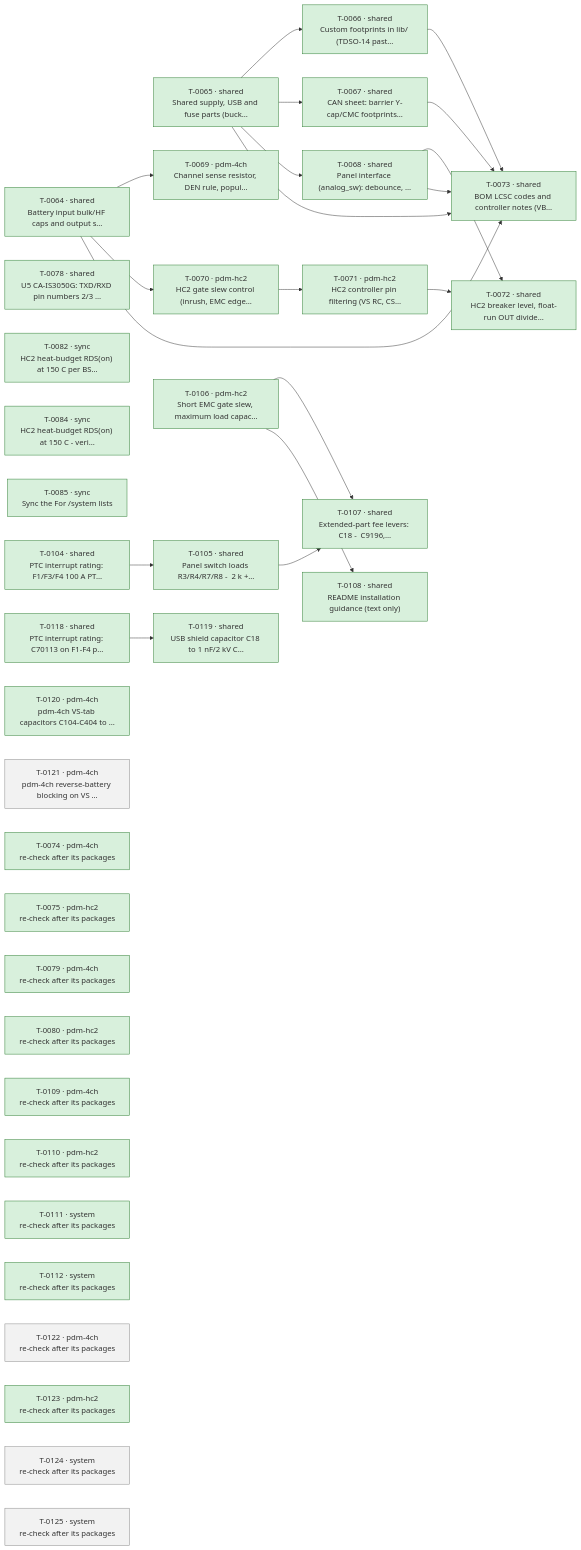
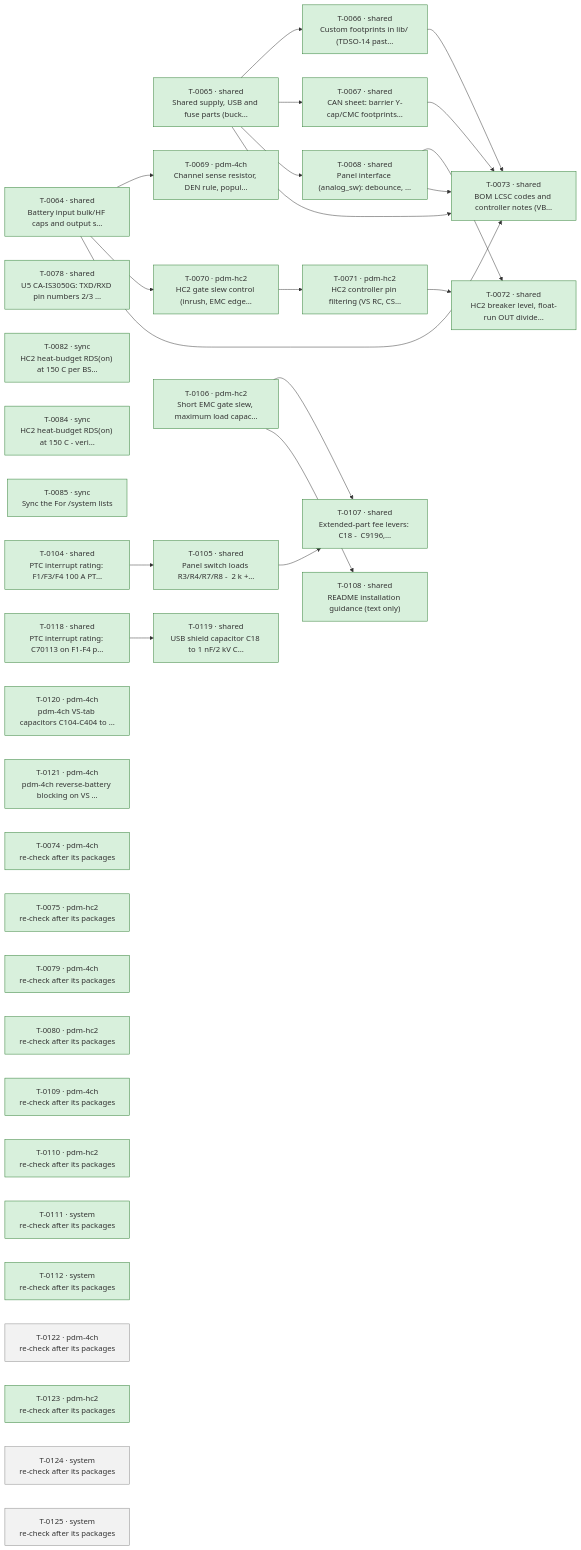
Before and after one commit to plektra/ESP32-PDM: the diagram in docs/ROADMAP.md, drawn with Mermaid. The commit also changed other lines of this file and 3 other files, not shown here.

````diff
--- a/docs/ROADMAP.md
+++ b/docs/ROADMAP.md
@@ -18,60 +18,60 @@
 ```mermaid
 flowchart LR
   T0064["T-0064 · shared<br/>Battery input bulk/HF caps and output s…"]:::done
   T0065["T-0065 · shared<br/>Shared supply, USB and fuse parts (buck…"]:::done
   T0066["T-0066 · shared<br/>Custom footprints in lib/ (TDSO-14 past…"]:::done
   T0067["T-0067 · shared<br/>CAN sheet: barrier Y-cap/CMC footprints…"]:::done
   T0068["T-0068 · shared<br/>Panel interface (analog_sw): debounce, …"]:::done
   T0069["T-0069 · pdm-4ch<br/>Channel sense resistor, DEN rule, popul…"]:::done
   T0070["T-0070 · pdm-hc2<br/>HC2 gate slew control (inrush, EMC edge…"]:::done
   T0071["T-0071 · pdm-hc2<br/>HC2 controller pin filtering (VS RC, CS…"]:::done
   T0072["T-0072 · shared<br/>HC2 breaker level, float-run OUT divide…"]:::done
   T0073["T-0073 · shared<br/>BOM LCSC codes and controller notes (VB…"]:::done
   T0078["T-0078 · shared<br/>U5 CA-IS3050G: TXD/RXD pin numbers 2/3 …"]:::done
   T0082["T-0082 · sync<br/>HC2 heat-budget RDS(on) at 150 C per BS…"]:::done
   T0084["T-0084 · sync<br/>HC2 heat-budget RDS(on) at 150 C - veri…"]:::done
   T0085["T-0085 · sync<br/>Sync the  For /system  lists"]:::done
   T0104["T-0104 · shared<br/>PTC interrupt rating: F1/F3/F4 100 A PT…"]:::done
   T0105["T-0105 · shared<br/>Panel switch loads R3/R4/R7/R8 -  2 k +…"]:::done
   T0106["T-0106 · pdm-hc2<br/>Short EMC gate slew, maximum load capac…"]:::done
   T0107["T-0107 · shared<br/>Extended-part fee levers: C18 -  C9196,…"]:::done
   T0108["T-0108 · shared<br/>README installation guidance (text only)"]:::done
   T0118["T-0118 · shared<br/>PTC interrupt rating: C70113 on F1-F4 p…"]:::done
   T0119["T-0119 · shared<br/>USB shield capacitor C18 to 1 nF/2 kV C…"]:::done
   T0120["T-0120 · pdm-4ch<br/>pdm-4ch VS-tab capacitors C104-C404 to …"]:::done
-  T0121["T-0121 · pdm-4ch<br/>pdm-4ch reverse-battery blocking on VS …"]:::ready
+  T0121["T-0121 · pdm-4ch<br/>pdm-4ch reverse-battery blocking on VS …"]:::done
   T0074["T-0074 · pdm-4ch<br/>re-check after its packages"]:::done
   T0075["T-0075 · pdm-hc2<br/>re-check after its packages"]:::done
   T0079["T-0079 · pdm-4ch<br/>re-check after its packages"]:::done
   T0080["T-0080 · pdm-hc2<br/>re-check after its packages"]:::done
   T0109["T-0109 · pdm-4ch<br/>re-check after its packages"]:::done
   T0110["T-0110 · pdm-hc2<br/>re-check after its packages"]:::done
   T0111["T-0111 · system<br/>re-check after its packages"]:::done
   T0112["T-0112 · system<br/>re-check after its packages"]:::done
   T0122["T-0122 · pdm-4ch<br/>re-check after its packages"]:::ready
   T0123["T-0123 · pdm-hc2<br/>re-check after its packages"]:::done
   T0124["T-0124 · system<br/>re-check after its packages"]:::ready
   T0125["T-0125 · system<br/>re-check after its packages"]:::ready
   T0065 --> T0066
   T0065 --> T0067
   T0065 --> T0068
   T0064 --> T0069
   T0064 --> T0070
   T0070 --> T0071
   T0068 --> T0072
   T0071 --> T0072
   T0064 --> T0073
   T0065 --> T0073
   T0066 --> T0073
   T0067 --> T0073
   T0068 --> T0073
   T0104 --> T0105
   T0105 --> T0107
   T0106 --> T0107
   T0106 --> T0108
   T0118 --> T0119
   classDef done fill:#d8f0dc,stroke:#2e7d32
   classDef running fill:#d6e6ff,stroke:#1f5fbf
   classDef ready fill:#f2f2f2,stroke:#888
   classDef failed fill:#f9d9d9,stroke:#b3261e
 ```
````
